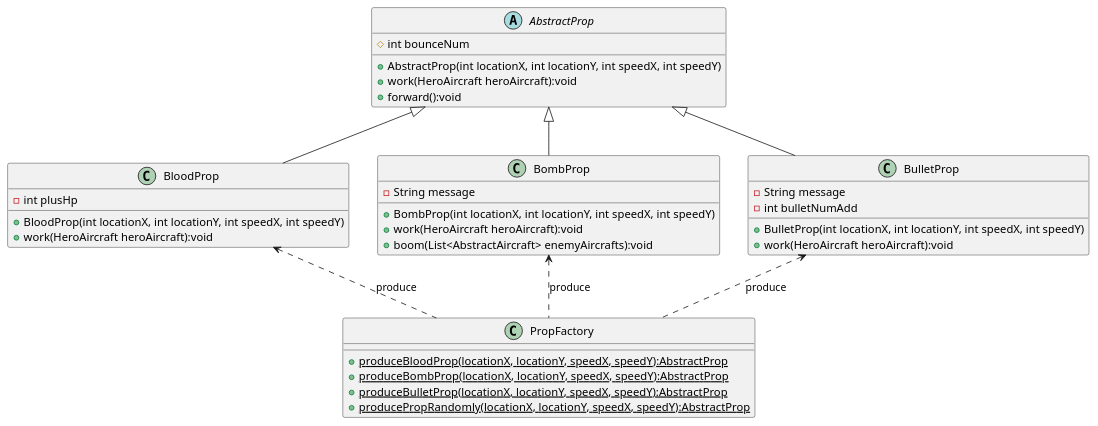
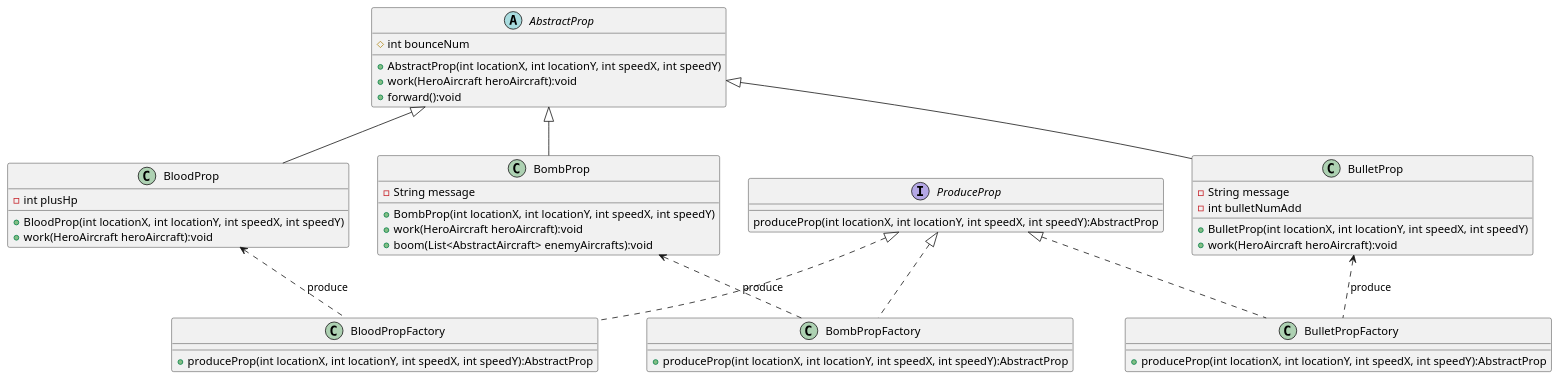
One commit to KKjimmie/AircraftWar changed the diagram in uml/PropFactory.puml. Above: the diagram before and after it, drawn with PlantUML. The commit also changed 27 other files, not shown here.

```diff
--- a/uml/PropFactory.puml
+++ b/uml/PropFactory.puml
@@ -1,47 +1,60 @@
 @startuml
 'https://plantuml.com/class-diagram
 
 abstract class AbstractProp
 {
     # int bounceNum
     + AbstractProp(int locationX, int locationY, int speedX, int speedY)
     + work(HeroAircraft heroAircraft):void
     + forward():void
 }
 
 class BloodProp {
     - int plusHp
     + BloodProp(int locationX, int locationY, int speedX, int speedY)
     + work(HeroAircraft heroAircraft):void
 }
 
 class BombProp {
     - String message
     + BombProp(int locationX, int locationY, int speedX, int speedY)
     + work(HeroAircraft heroAircraft):void
     + boom(List<AbstractAircraft> enemyAircrafts):void
 }
 
 class BulletProp{
     - String message
     - int bulletNumAdd
     + BulletProp(int locationX, int locationY, int speedX, int speedY)
     + work(HeroAircraft heroAircraft):void
 }
 
-class PropFactory{
-    + {static} produceBloodProp(locationX, locationY, speedX, speedY):AbstractProp
-    + {static} produceBombProp(locationX, locationY, speedX, speedY):AbstractProp
-    + {static} produceBulletProp(locationX, locationY, speedX, speedY):AbstractProp
-    + {static} producePropRandomly(locationX, locationY, speedX, speedY):AbstractProp
+interface ProduceProp{
+    produceProp(int locationX, int locationY, int speedX, int speedY):AbstractProp
 }
 
+class BloodPropFactory{
+    + produceProp(int locationX, int locationY, int speedX, int speedY):AbstractProp
+}
+
+class BombPropFactory{
+    + produceProp(int locationX, int locationY, int speedX, int speedY):AbstractProp
+}
+
+class BulletPropFactory{
+    + produceProp(int locationX, int locationY, int speedX, int speedY):AbstractProp
+}
 
 AbstractProp <|-- BloodProp
 AbstractProp <|-- BombProp
 AbstractProp <|-- BulletProp
 
-BloodProp <.. PropFactory : produce
-BombProp <.. PropFactory : produce
-BulletProp <.. PropFactory : produce
+ProduceProp <|.. BloodPropFactory
+ProduceProp <|.. BombPropFactory
+ProduceProp <|.. BulletPropFactory
+
+
+BloodProp <.. BloodPropFactory : produce
+BombProp <.. BombPropFactory : produce
+BulletProp <.. BulletPropFactory : produce
 @enduml
```
